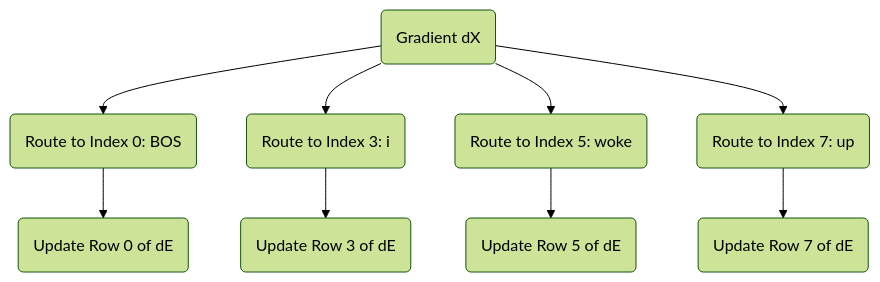
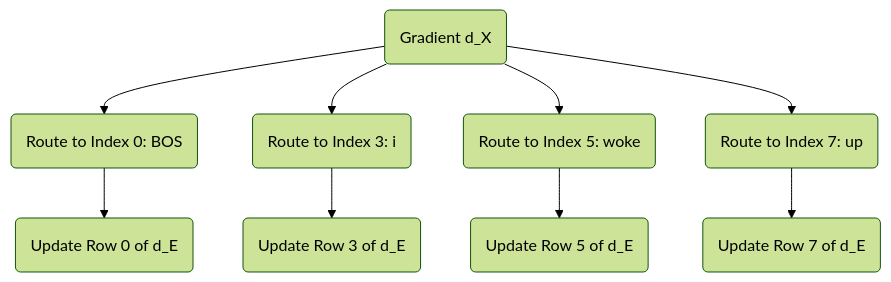
Before and after one commit to Lyd1aCla1r3/lyd1acla1r3.github.io: diagram 16 of 16 in blog/content/series/transformers/body.md, drawn with Mermaid (forest theme). The commit also changed other lines of this file and 114 other files, not shown here.

````diff
--- a/blog/content/series/transformers/body.md
+++ b/blog/content/series/transformers/body.md
@@ -2387,11 +2815,11 @@
 ```mermaid
 flowchart TD
-    A(Gradient dX) --> B(Route to Index 0: BOS)
+    A(Gradient d_X) --> B(Route to Index 0: BOS)
     A --> C(Route to Index 3: i)
     A --> D(Route to Index 5: woke)
     A --> E(Route to Index 7: up)
-    B --> F(Update Row 0 of dE)
-    C --> G(Update Row 3 of dE)
-    D --> H(Update Row 5 of dE)
-    E --> I(Update Row 7 of dE)
+    B --> F(Update Row 0 of d_E)
+    C --> G(Update Row 3 of d_E)
+    D --> H(Update Row 5 of d_E)
+    E --> I(Update Row 7 of d_E)
 ```
````
